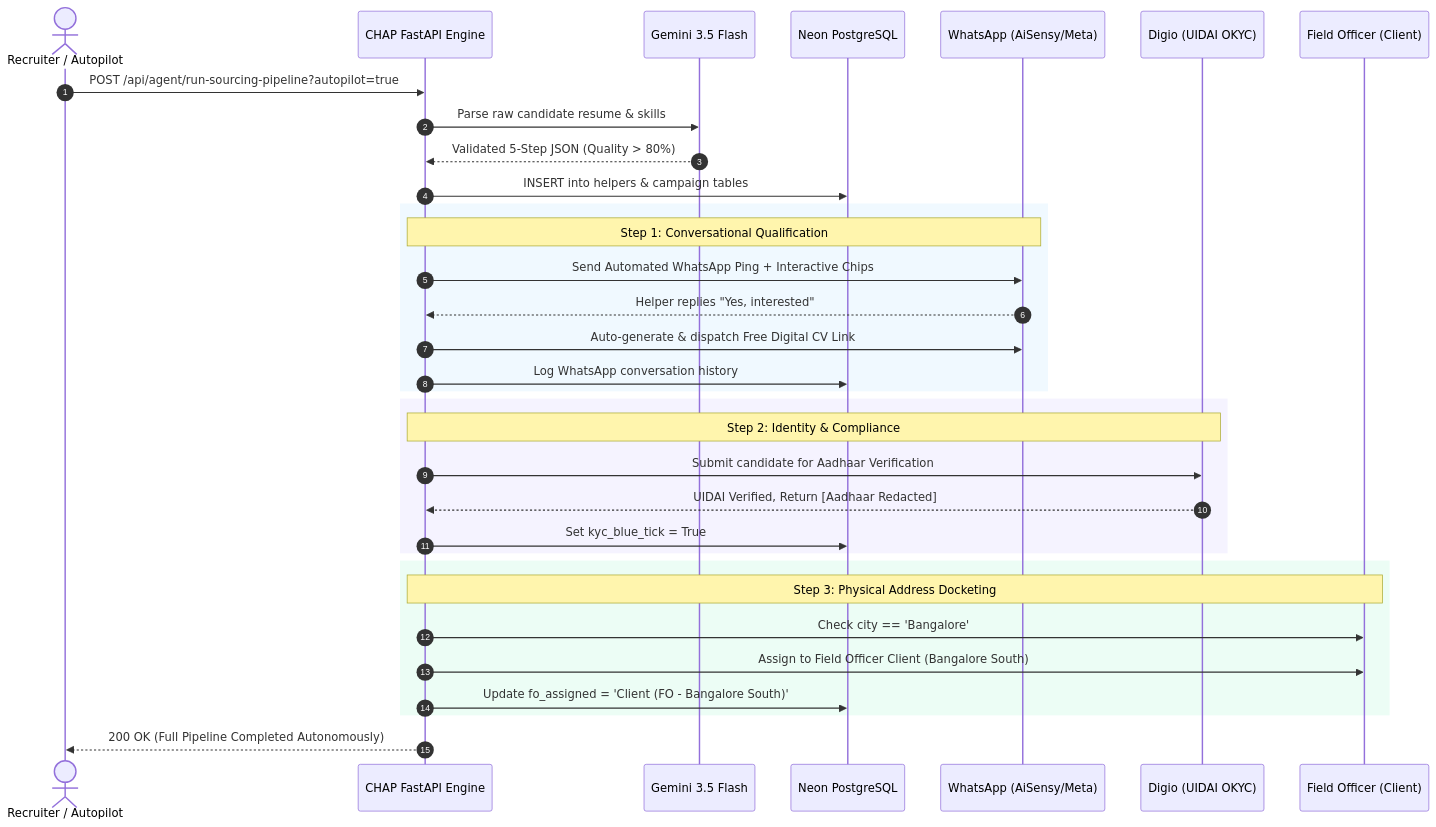
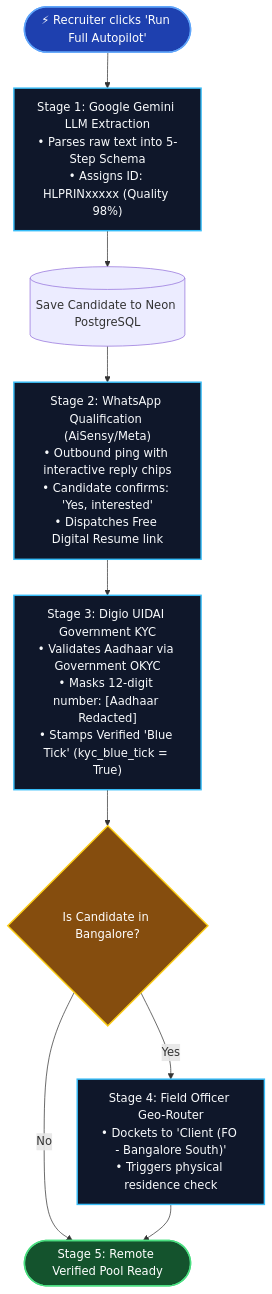
One commit to Alieno1/ezyhelper-chap changed the second of 3 diagrams in README.md. Above: the diagram before and after it, drawn with Mermaid. The commit also changed other lines of this file, not shown here.

Commit message:
style: enhance Mermaid diagrams for crystal-clear GitHub dark mode contrast

````diff
--- a/README.md
+++ b/README.md
@@ -73,40 +75,26 @@
 ```mermaid
-sequenceDiagram
-    autonumber
-    actor Recruiter as Recruiter / Autopilot
-    participant Agent as CHAP FastAPI Engine
-    participant LLM as Gemini 3.5 Flash
-    participant DB as Neon PostgreSQL
-    participant WA as WhatsApp (AiSensy/Meta)
-    participant KYC as Digio (UIDAI OKYC)
-    participant FO as Field Officer (Client)
+flowchart TD
+    Start(["⚡ Recruiter clicks 'Run Full Autopilot'"]) --> LLM["Stage 1: Google Gemini LLM Extraction\n• Parses raw text into 5-Step Schema\n• Assigns ID: HLPRINxxxxx (Quality 98%)"]
+    LLM --> DB1[("Save Candidate to Neon PostgreSQL")]
+    
+    DB1 --> WA["Stage 2: WhatsApp Qualification (AiSensy/Meta)\n• Outbound ping with interactive reply chips\n• Candidate confirms: 'Yes, interested'\n• Dispatches Free Digital Resume link"]
+    
+    WA --> KYC["Stage 3: Digio UIDAI Government KYC\n• Validates Aadhaar via Government OKYC\n• Masks 12-digit number: [Aadhaar Redacted]\n• Stamps Verified 'Blue Tick' (kyc_blue_tick = True)"]
+    
+    KYC --> FO{"Is Candidate in Bangalore?"}
+    
+    FO -- Yes --> FOAssign["Stage 4: Field Officer Geo-Router\n• Dockets to 'Client (FO - Bangalore South)'\n• Triggers physical residence check"]
+    FO -- No --> Complete(["Stage 5: Remote Verified Pool Ready"])
+    
+    FOAssign --> Complete
 
-    Recruiter->>Agent: POST /api/agent/run-sourcing-pipeline?autopilot=true
-    Agent->>LLM: Parse raw candidate resume & skills
-    LLM-->>Agent: Validated 5-Step JSON (Quality > 80%)
-    Agent->>DB: INSERT into helpers & campaign tables
-    
-    rect rgb(240, 249, 255)
-        note over Agent,WA: Step 1: Conversational Qualification
-        Agent->>WA: Send Automated WhatsApp Ping + Interactive Chips
-        WA-->>Agent: Helper replies "Yes, interested"
-        Agent->>WA: Auto-generate & dispatch Free Digital CV Link
-        Agent->>DB: Log WhatsApp conversation history
-    end
+    classDef darkBox fill:#0f172a,stroke:#38bdf8,stroke-width:2px,color:#f8fafc;
+    classDef startBox fill:#1e40af,stroke:#60a5fa,stroke-width:2px,color:#ffffff;
+    classDef successBox fill:#14532d,stroke:#4ade80,stroke-width:2px,color:#ffffff;
+    classDef decision fill:#854d0e,stroke:#facc15,stroke-width:2px,color:#ffffff;
 
-    rect rgb(245, 243, 255)
-        note over Agent,KYC: Step 2: Identity & Compliance
-        Agent->>KYC: Submit candidate for Aadhaar Verification
-        KYC-->>Agent: UIDAI Verified, Return [Aadhaar Redacted]
-        Agent->>DB: Set kyc_blue_tick = True
-    end
-
-    rect rgb(236, 253, 245)
-        note over Agent,FO: Step 3: Physical Address Docketing
-        Agent->>FO: Check city == 'Bangalore'
-        Agent->>FO: Assign to Field Officer Client (Bangalore South)
-        Agent->>DB: Update fo_assigned = 'Client (FO - Bangalore South)'
-    end
-
-    Agent-->>Recruiter: 200 OK (Full Pipeline Completed Autonomously)
+    class Start startBox;
+    class LLM,WA,KYC,FOAssign darkBox;
+    class FO decision;
+    class Complete successBox;
 ```
````
